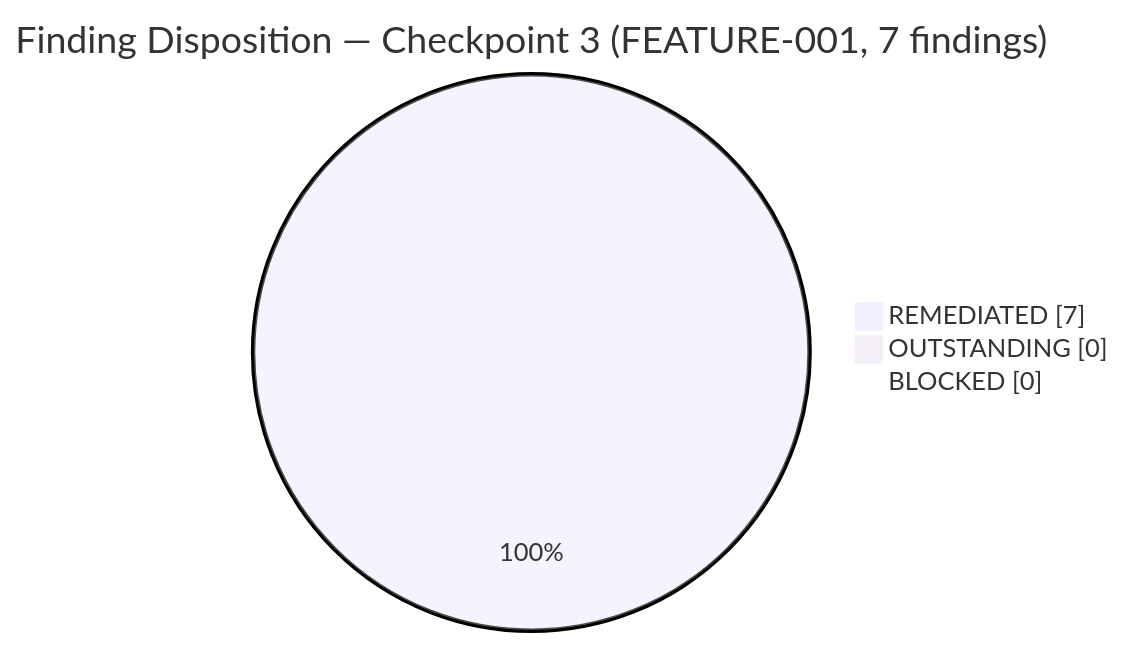
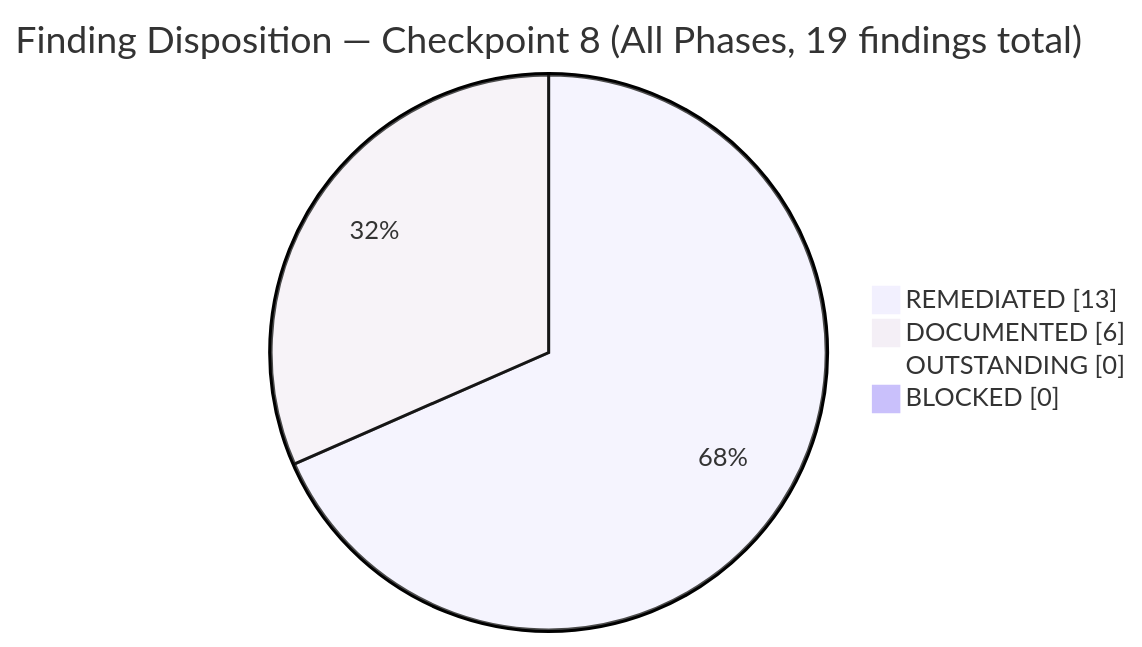
One commit to Blitzy-Sandbox/blitzy-odoo changed the fourth of 4 diagrams in CODE_REVIEW.md. Above: the diagram before and after it, drawn with Mermaid. The commit also changed other lines of this file and 1 other file, not shown here.

````diff
--- a/CODE_REVIEW.md
+++ b/CODE_REVIEW.md
@@ -662,7 +736,8 @@
 ```mermaid
 %%{init: {'theme':'base','themeVariables':{'primaryColor':'#F2F0FE','primaryTextColor':'#333333','primaryBorderColor':'#5B39F3','lineColor':'#999999','secondaryColor':'#F4EFF6'}}}%%
-pie showData title Finding Disposition — Checkpoint 3 (FEATURE-001, 7 findings)
-    "REMEDIATED" : 7
+pie showData title Finding Disposition — Checkpoint 8 (All Phases, 19 findings total)
+    "REMEDIATED" : 13
+    "DOCUMENTED" : 6
     "OUTSTANDING" : 0
     "BLOCKED" : 0
 ```
````
